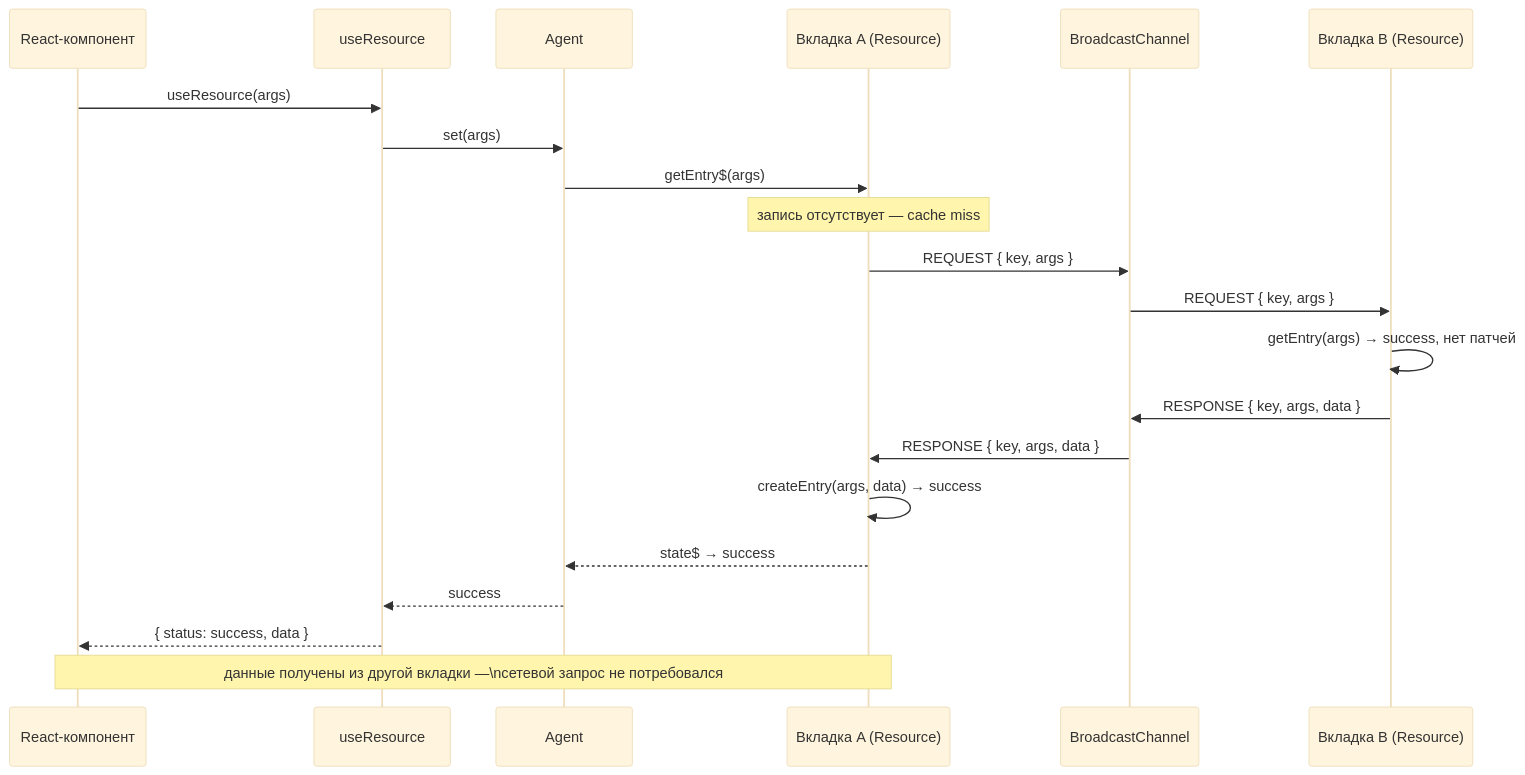
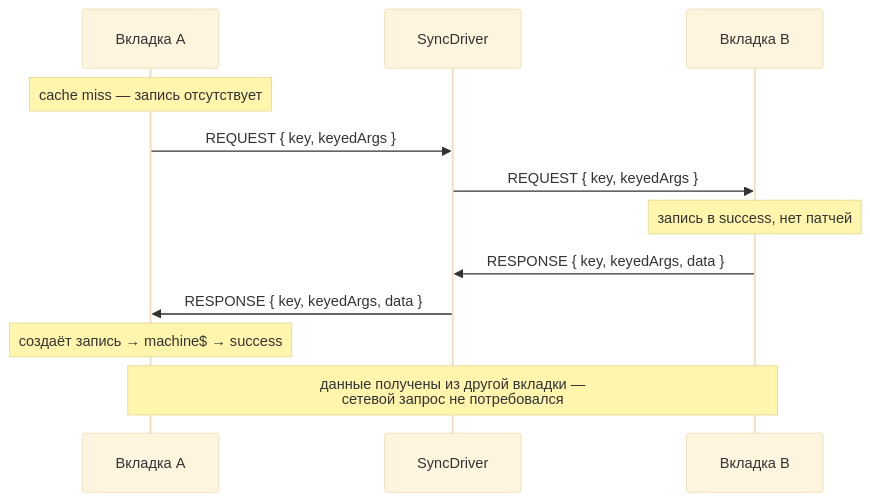
Before and after one commit to fozy-labs/rx-toolkit: the tenth of 10 diagrams in docs/query/concepts/dataflows.md, drawn with Mermaid (base theme). The commit also changed other lines of this file and 1 other file, not shown here.

````diff
--- a/docs/query/concepts/dataflows.md
+++ b/docs/query/concepts/dataflows.md
@@ -404,28 +365,18 @@
 ```mermaid
 sequenceDiagram
-    participant UI as React-компонент
-    participant Hook as useResource
-    participant Agent as Agent
-    participant A as Вкладка A (Resource)
-    participant BC as BroadcastChannel
-    participant B as Вкладка B (Resource)
+    participant A as Вкладка A
+    participant Sync as SyncDriver
+    participant B as Вкладка B
 
-    UI->>Hook: useResource(args)
-    Hook->>Agent: set(args)
-    Agent->>A: getEntry$(args)
-    Note over A: запись отсутствует — cache miss
+    Note over A: cache miss — запись отсутствует
 
-    A->>BC: REQUEST { key, args }
-    BC->>B: REQUEST { key, args }
+    A->>Sync: REQUEST { key, keyedArgs }
+    Sync->>B: REQUEST { key, keyedArgs }
 
-    B->>B: getEntry(args) → success, нет патчей
-    B->>BC: RESPONSE { key, args, data }
-    BC->>A: RESPONSE { key, args, data }
+    Note over B: запись в success, нет патчей
+    B->>Sync: RESPONSE { key, keyedArgs, data }
+    Sync->>A: RESPONSE { key, keyedArgs, data }
 
-    A->>A: createEntry(args, data) → success
-    A-->>Agent: state$ → success
-    Agent-->>Hook: success
-    Hook-->>UI: { status: success, data }
-
-    Note over UI,A: данные получены из другой вкладки —\nсетевой запрос не потребовался
+    Note over A: создаёт запись → machine$ → success
+    Note over A,B: данные получены из другой вкладки —<br/>сетевой запрос не потребовался
 ```
````
